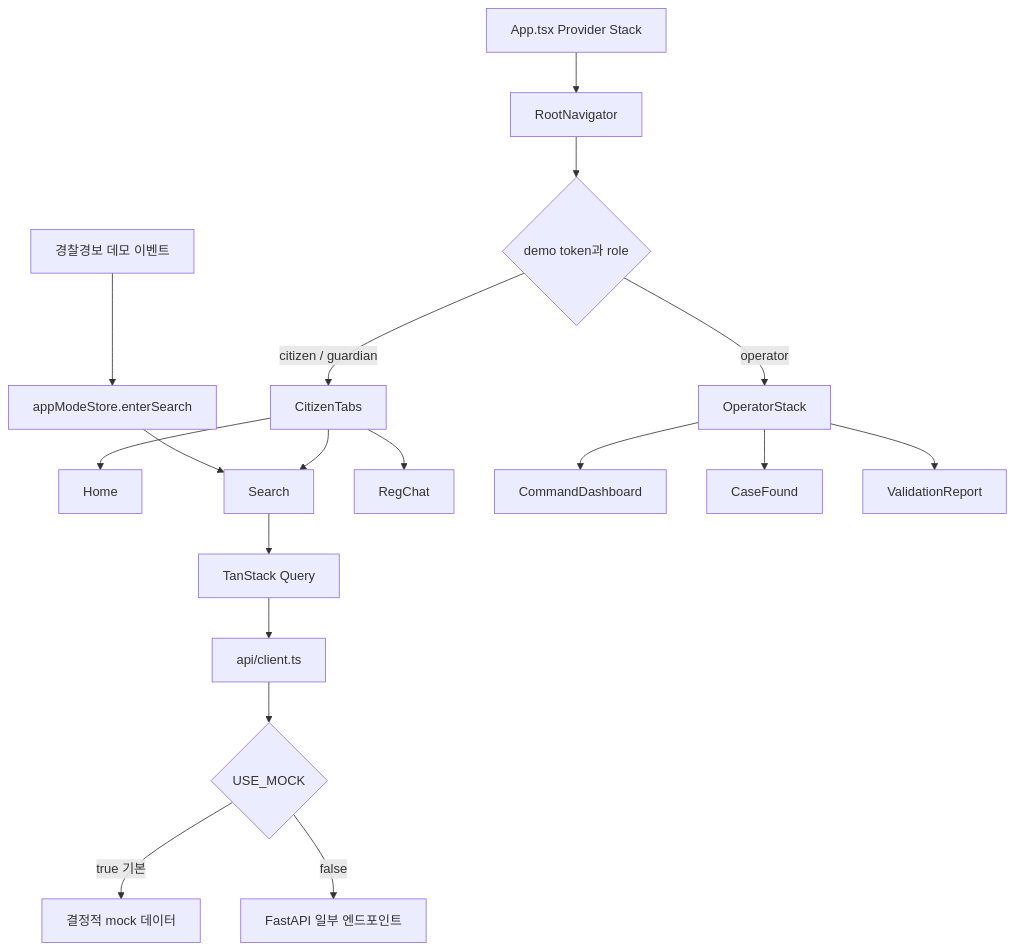
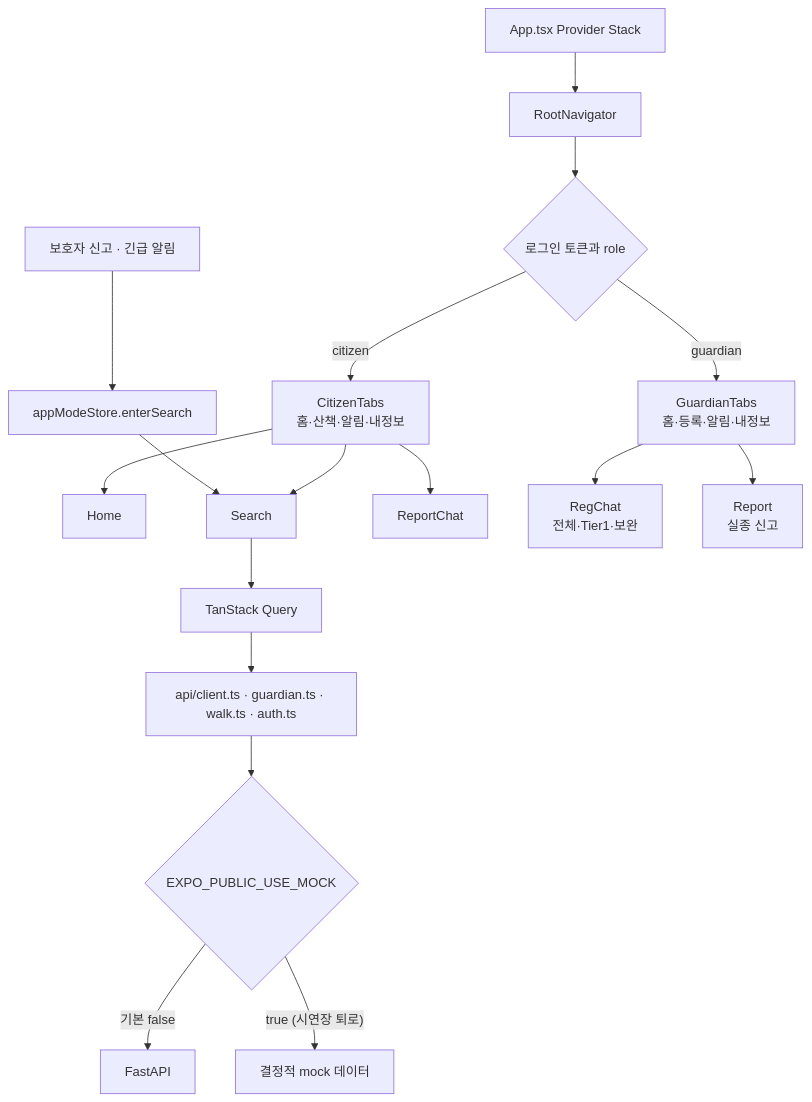
Diagram 11 of 12 in docs/IMPLEMENTATION_ARCHITECTURE.md (Donghaeng-AI-ROOKIE/Come-back-home), drawn with Mermaid before and after one commit. The commit also changed other lines of this file and 6 other files, not shown here.

````diff
--- a/docs/IMPLEMENTATION_ARCHITECTURE.md
+++ b/docs/IMPLEMENTATION_ARCHITECTURE.md
@@ -707,20 +720,19 @@
 ```mermaid
 flowchart TD
     APP["App.tsx Provider Stack"] --> ROOT["RootNavigator"]
-    ROOT --> AUTH{"demo token과 role"}
-    AUTH -- "citizen / guardian" --> CT["CitizenTabs"]
-    AUTH -- "operator" --> OP["OperatorStack"]
+    ROOT --> AUTH{"로그인 토큰과 role"}
+    AUTH -- "citizen" --> CT["CitizenTabs<br/>홈·산책·알림·내정보"]
+    AUTH -- "guardian" --> GT["GuardianTabs<br/>홈·등록·알림·내정보"]
     CT --> HOME["Home"]
     CT --> SEARCH["Search"]
-    CT --> REG["RegChat"]
-    OP --> CMD["CommandDashboard"]
-    OP --> FOUND["CaseFound"]
-    OP --> VALID["ValidationReport"]
-    ALERT["경찰경보 데모 이벤트"] --> MODE["appModeStore.enterSearch"]
+    CT --> TIP["ReportChat"]
+    GT --> REG["RegChat<br/>전체·Tier1·보완"]
+    GT --> REPORT["Report<br/>실종 신고"]
+    ALERT["보호자 신고 · 긴급 알림"] --> MODE["appModeStore.enterSearch"]
     MODE --> SEARCH
     SEARCH --> QUERY["TanStack Query"]
-    QUERY --> CLIENT["api/client.ts"]
-    CLIENT --> MOCK{"USE_MOCK"}
-    MOCK -- "true 기본" --> DATA["결정적 mock 데이터"]
-    MOCK -- "false" --> API["FastAPI 일부 엔드포인트"]
+    QUERY --> CLIENT["api/client.ts · guardian.ts · walk.ts · auth.ts"]
+    CLIENT --> MOCK{"EXPO_PUBLIC_USE_MOCK"}
+    MOCK -- "기본 false" --> API["FastAPI"]
+    MOCK -- "true (시연장 퇴로)" --> DATA["결정적 mock 데이터"]
 ```
````
